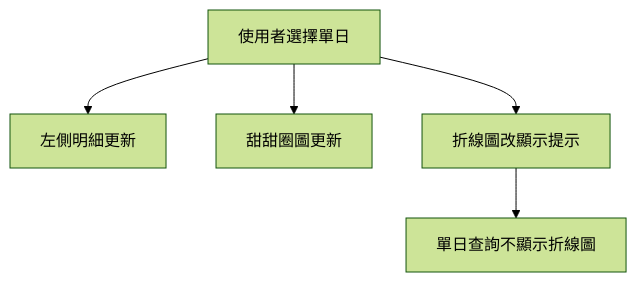
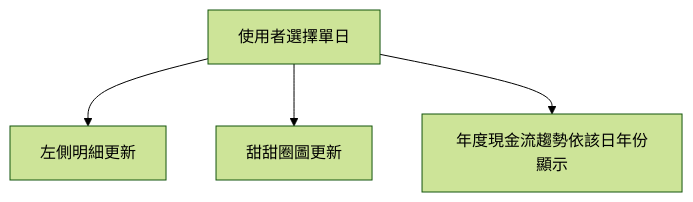
Before and after one commit to ivyliu1201/personal-accounting-app: diagram 11 of 12 in FLOW.md, drawn with Mermaid (forest theme). The commit also changed other lines of this file and 3 other files, not shown here.

Commit message:
Document cash flow chart requirements

````diff
--- a/FLOW.md
+++ b/FLOW.md
@@ -146,7 +157,6 @@
 ```mermaid
 flowchart TD
 A[使用者選擇單日] --> B[左側明細更新]
 A --> C[甜甜圈圖更新]
-A --> D[折線圖改顯示提示]
-D --> E[單日查詢不顯示折線圖]
+A --> D[年度現金流趨勢依該日年份顯示]
 ```
````
